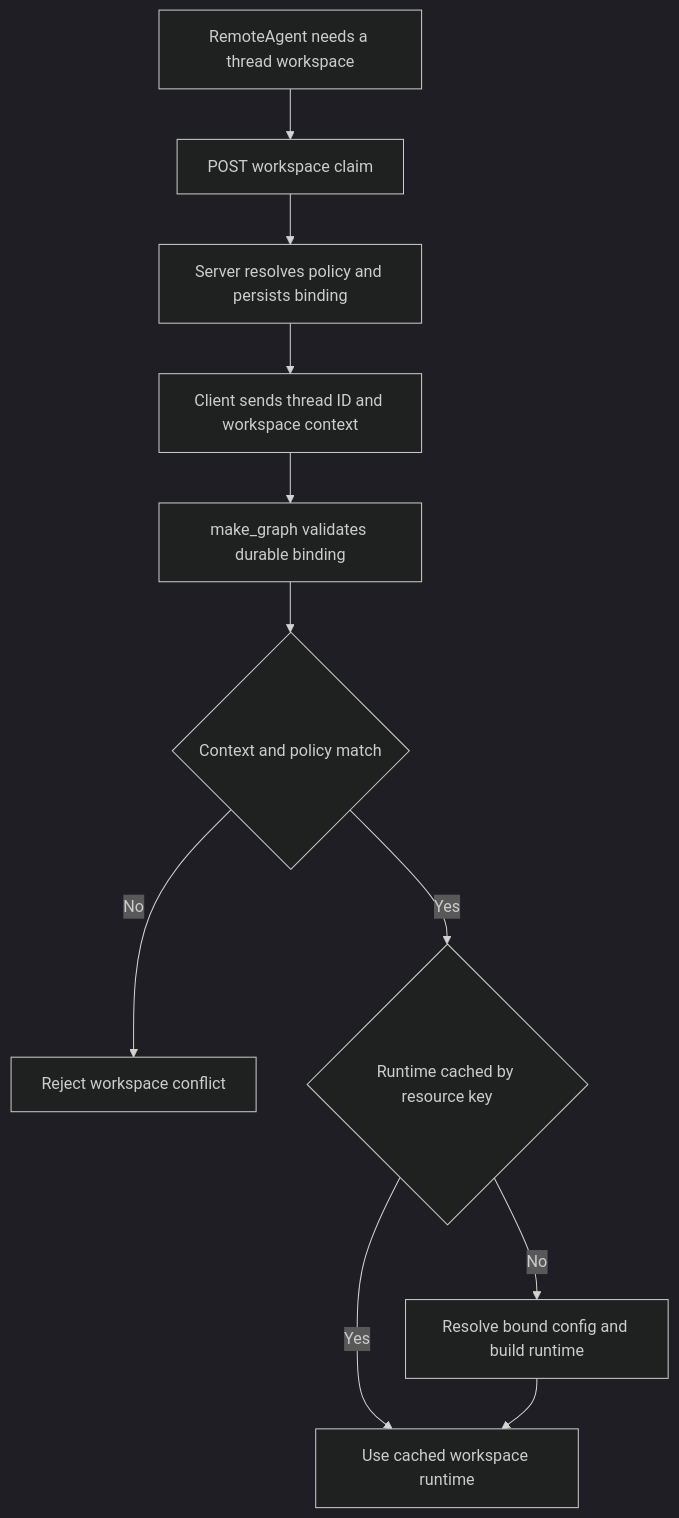
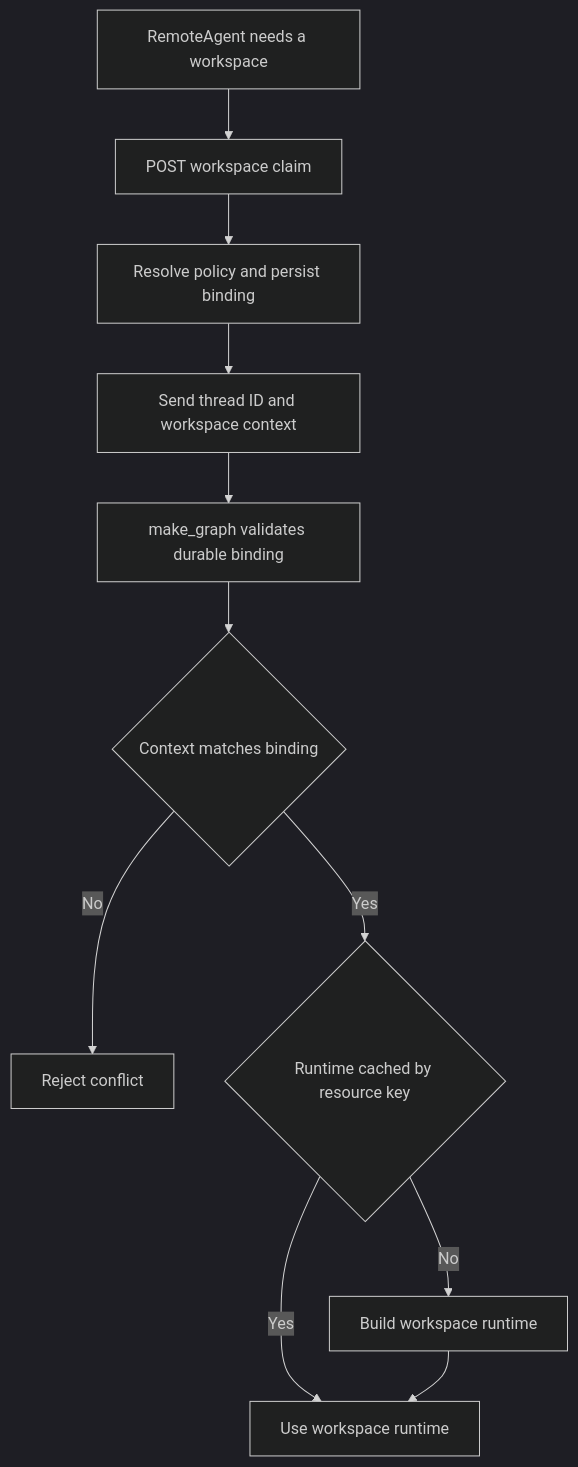
One commit to langchain-ai/deepagents changed the second of 2 diagrams in openwiki/architecture/code-agent.md. Above: the diagram before and after it, drawn with Mermaid (dark theme). The commit also changed other lines of this file and 62 other files, not shown here.

````diff
--- a/openwiki/architecture/code-agent.md
+++ b/openwiki/architecture/code-agent.md
@@ -100,13 +100,13 @@
 ```mermaid
 flowchart TD
-    Begin["RemoteAgent needs a thread workspace"] --> Bind["POST workspace claim"]
-    Bind --> Persist["Server resolves policy and persists binding"]
-    Persist --> Run["Client sends thread ID and workspace context"]
+    Begin["RemoteAgent needs a workspace"] --> Bind["POST workspace claim"]
+    Bind --> Persist["Resolve policy and persist binding"]
+    Persist --> Run["Send thread ID and workspace context"]
     Run --> Check["make_graph validates durable binding"]
-    Check --> Match{"Context and policy match"}
-    Match -- No --> Reject["Reject workspace conflict"]
+    Check --> Match{"Context matches binding"}
+    Match -- No --> Reject["Reject conflict"]
     Match -- Yes --> Cached{"Runtime cached by resource key"}
-    Cached -- Yes --> Use["Use cached workspace runtime"]
-    Cached -- No --> Build["Resolve bound config and build runtime"]
+    Cached -- Yes --> Use["Use workspace runtime"]
+    Cached -- No --> Build["Build workspace runtime"]
     Build --> Use
 ```
````
